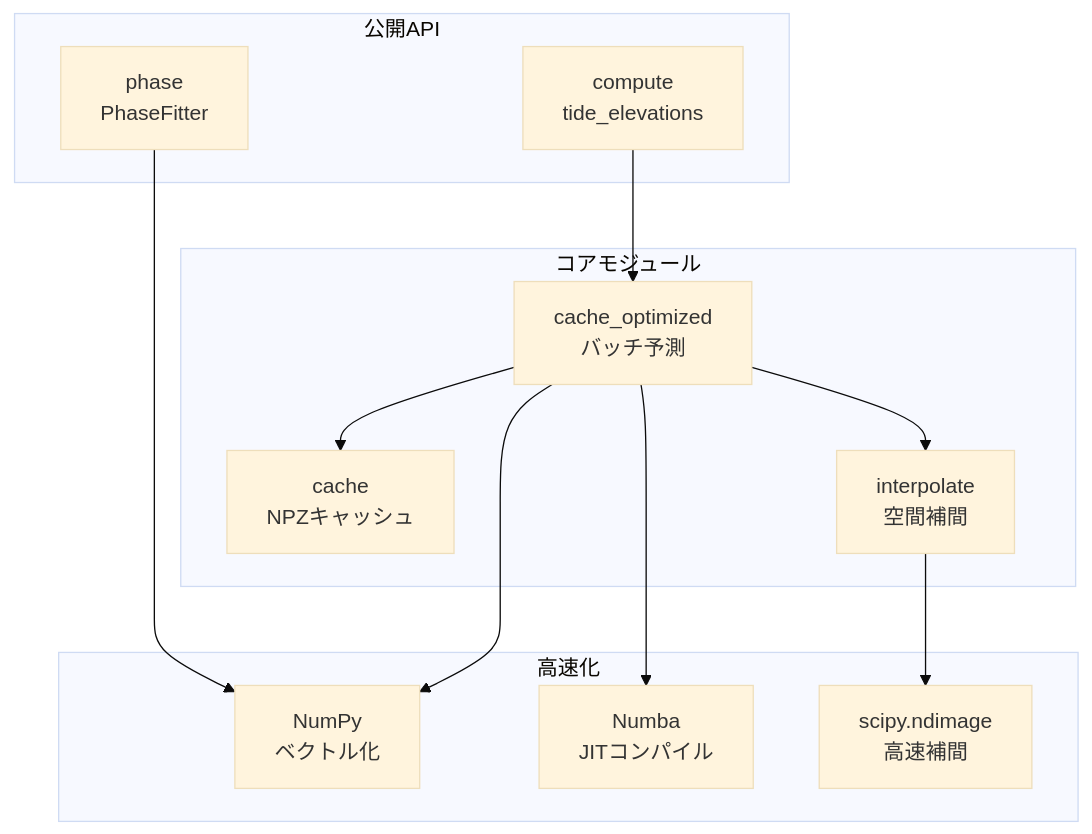
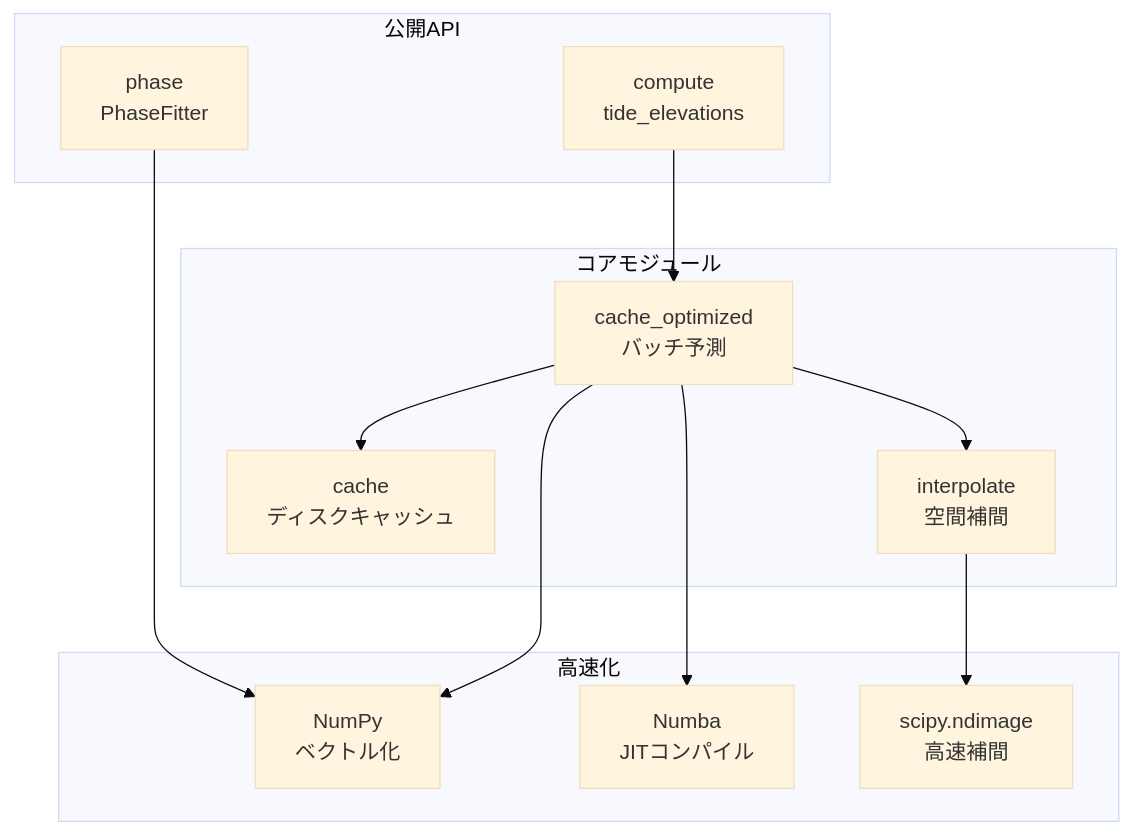
Before and after one commit to tkykszk/pyTMD_turbo: the second of 2 diagrams in docs/index.md, drawn with Mermaid (base theme). The commit also changed other lines of this file and 47 other files, not shown here.

````diff
--- a/docs/index.md
+++ b/docs/index.md
@@ -132,27 +137,27 @@
 ```mermaid
 graph TB
     subgraph API["公開API"]
         CE[compute<br/>tide_elevations]
         PH[phase<br/>PhaseFitter]
     end
 
     subgraph Core["コアモジュール"]
-        CA[cache<br/>NPZキャッシュ]
+        CA[cache<br/>ディスクキャッシュ]
         CO[cache_optimized<br/>バッチ予測]
         IN[interpolate<br/>空間補間]
     end
 
     subgraph Accel["高速化"]
         NP[NumPy<br/>ベクトル化]
         NB[Numba<br/>JITコンパイル]
         SP[scipy.ndimage<br/>高速補間]
     end
 
     CE --> CO
     PH --> NP
     CO --> CA
     CO --> IN
     CO --> NP
     CO --> NB
     IN --> SP
 ```
````
